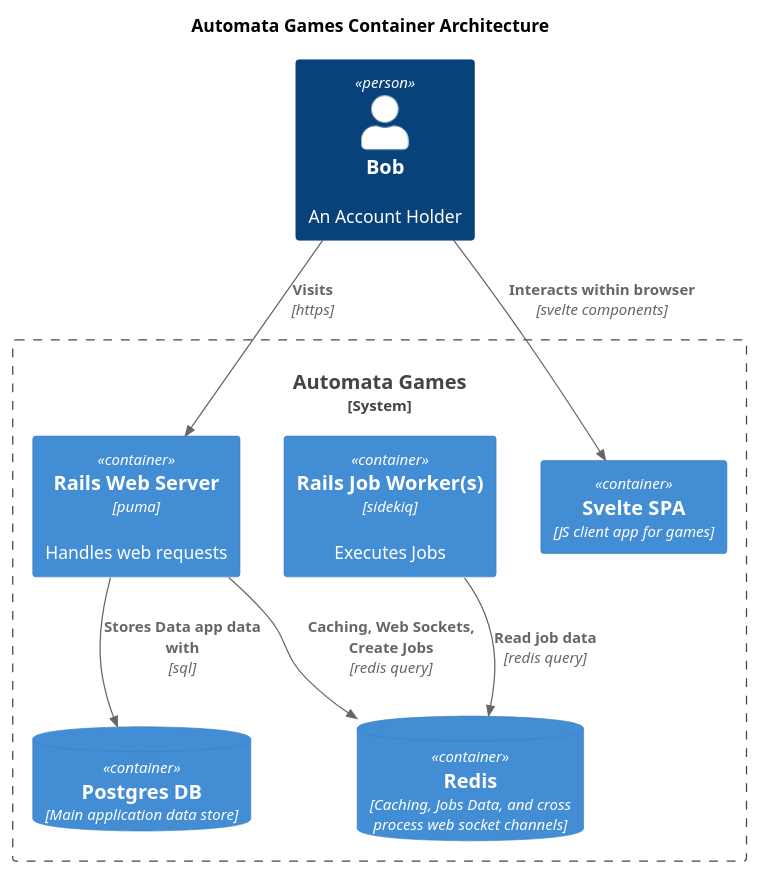
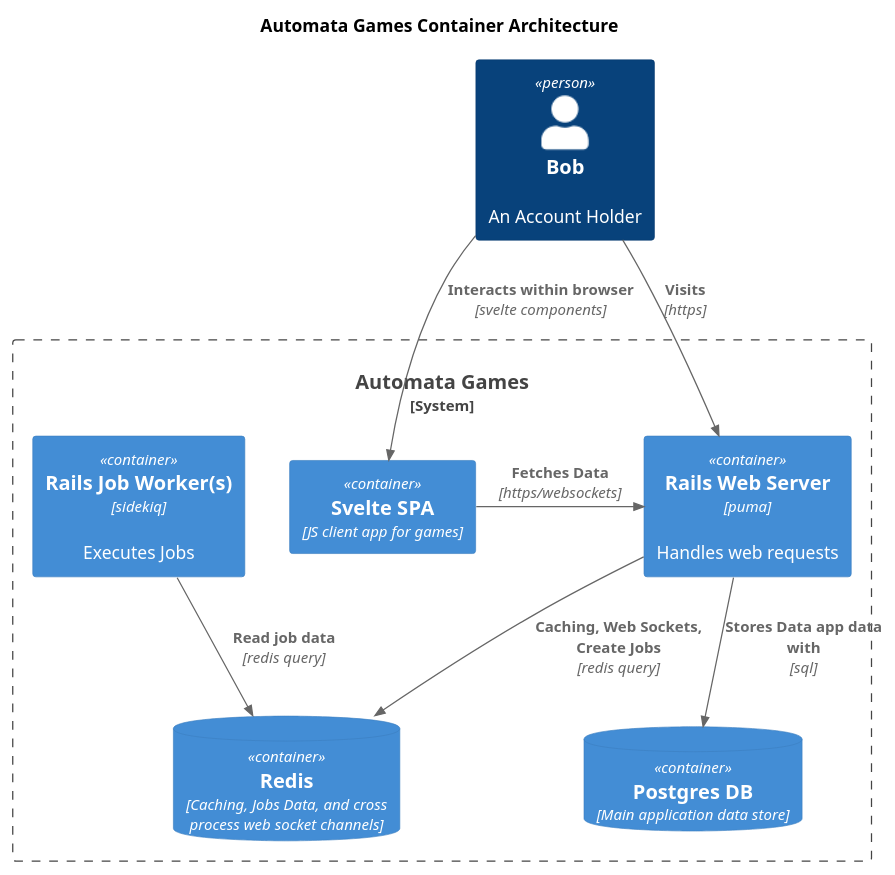
The diagram in docs/diagrams/src/containers_overview.puml (kyle-rader/rust-web-app), drawn with PlantUML before and after one commit. The commit also changed 1 other file, not shown here.

Commit message:
add rel from spa to Puma

```diff
--- a/docs/diagrams/src/containers_overview.puml
+++ b/docs/diagrams/src/containers_overview.puml
@@ -1,18 +1,19 @@
 @startuml ag_level2
 !include <C4/C4_Container>
 title Automata Games Container Architecture
 Person(bob, "Bob", "An Account Holder")
 System_Boundary(ag, "Automata Games") {
 	Container(puma, "Rails Web Server", "puma", "Handles web requests")
 	Container(jobs, "Rails Job Worker(s)", "sidekiq", "Executes Jobs")
 	ContainerDb(pg, "Postgres DB", "Main application data store")
 	ContainerDb(redis, "Redis", "Caching, Jobs Data, and cross process web socket channels")
 	Container(spa1, "Svelte SPA", "JS client app for games")
 }
 
 Rel(bob, puma, "Visits", "https")
 Rel(puma, pg, "Stores Data app data with", "sql")
 Rel(puma, redis, "Caching, Web Sockets, Create Jobs", "redis query")
 Rel(jobs, redis, "Read job data", "redis query")
 Rel(bob, spa1, "Interacts within browser", "svelte components")
+Rel_R(spa1, puma, "Fetches Data", "https/websockets")
 @enduml
```
